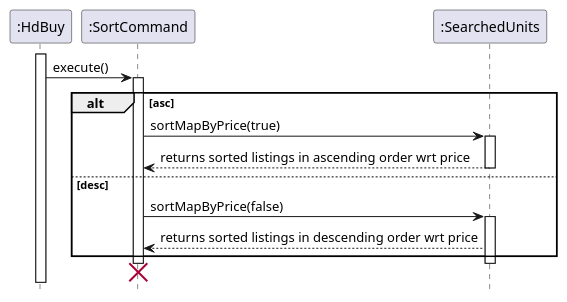
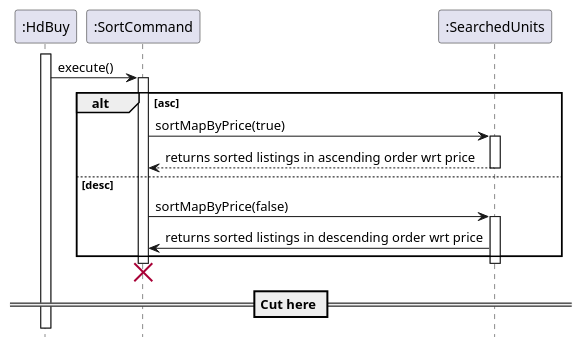
Before and after one commit to nus-cs2113-AY2021S1/tp: the diagram in docs/diagrams/SortCommand.puml, drawn with PlantUML. The commit also changed 3 other files, not shown here.

Commit message:
changed size for architecture.jpg

```diff
--- a/docs/diagrams/SortCommand.puml
+++ b/docs/diagrams/SortCommand.puml
@@ -1,19 +1,20 @@
 @startuml
 'https://plantuml.com/sequence-diagram
 hide footbox
 activate ":HdBuy"
 ":HdBuy" -> ":SortCommand": execute()
 activate ":SortCommand"
         alt asc
             ":SortCommand" -> ":SearchedUnits": sortMapByPrice(true)
             activate ":SearchedUnits"
             ":SortCommand" <-- ":SearchedUnits": returns sorted listings in ascending order wrt price
             deactivate ":SearchedUnits"
         else desc
             ":SortCommand" -> ":SearchedUnits": sortMapByPrice(false)
             activate ":SearchedUnits"
-            ":SortCommand" <-- ":SearchedUnits": returns sorted listings in descending order wrt price
+            ":SortCommand" <- ":SearchedUnits" : returns sorted listings in descending order wrt price
         end
         deactivate ":SearchedUnits"
         destroy ":SortCommand"
+        == Cut here ==
 @enduml
```
